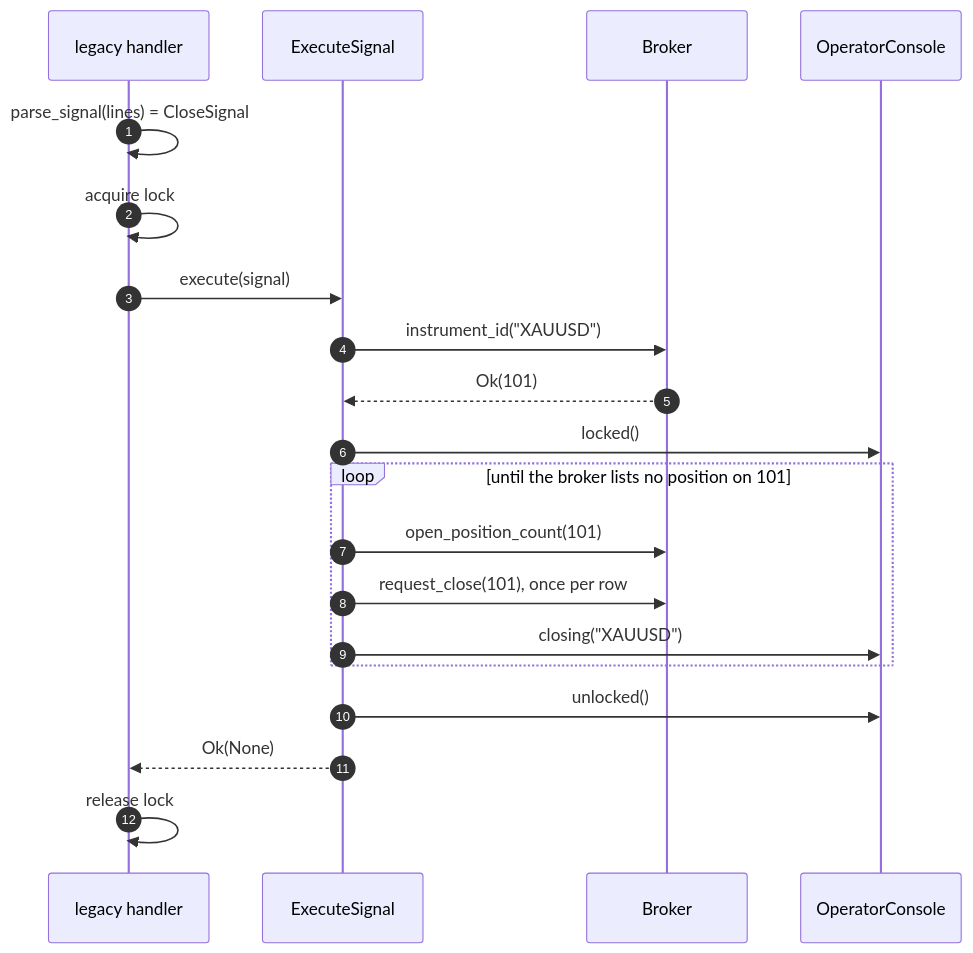
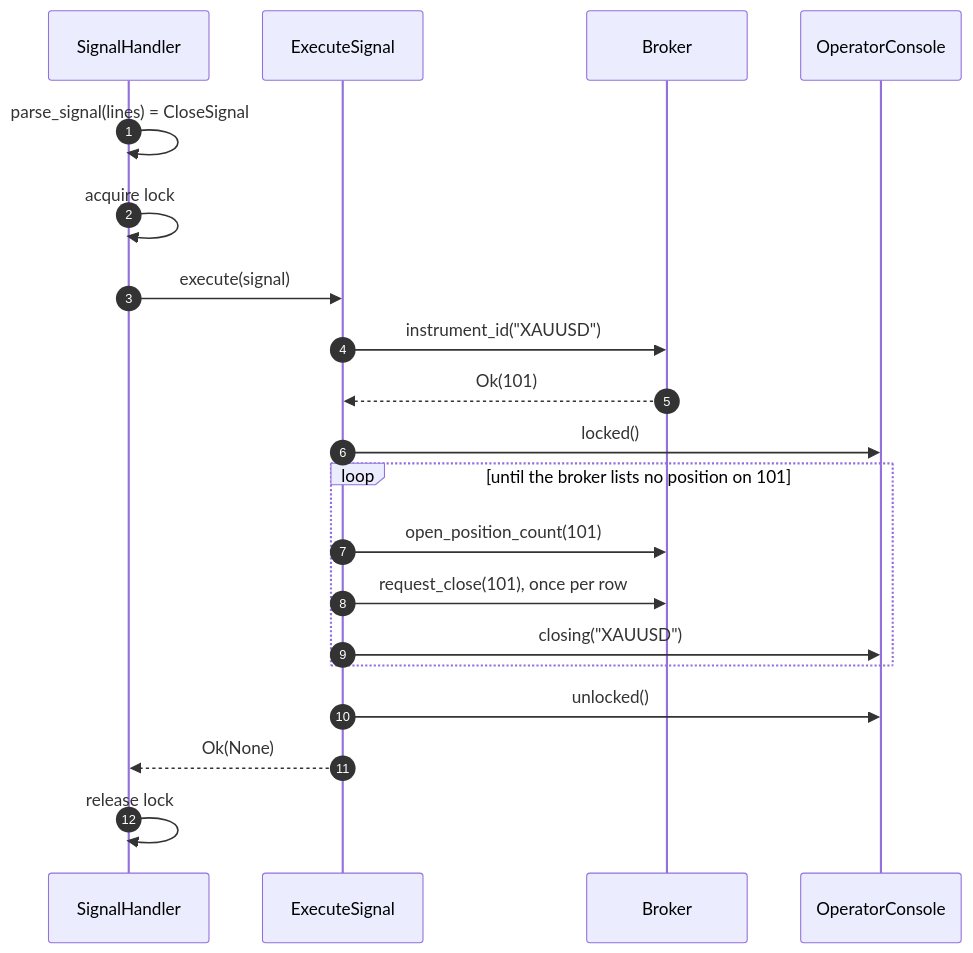
Before and after one commit to Akinzou/TradeLockerBot: the fifth of 6 diagrams in docs/architecture.md, drawn with Mermaid. The commit also changed other lines of this file and 21 other files, not shown here.

First line of the commit message:
refactor: move the webhook and the startup into an adapter and a composition root (roadmap step 5)

````diff
--- a/docs/architecture.md
+++ b/docs/architecture.md
@@ -153,22 +199,22 @@
 ```mermaid
 sequenceDiagram
     autonumber
-    participant H as legacy handler
+    participant H as SignalHandler
     participant UC as ExecuteSignal
     participant B as Broker
     participant C as OperatorConsole
     H->>H: parse_signal(lines) = CloseSignal
     H->>H: acquire lock
     H->>UC: execute(signal)
     UC->>B: instrument_id("XAUUSD")
     B-->>UC: Ok(101)
     UC->>C: locked()
     loop until the broker lists no position on 101
         UC->>B: open_position_count(101)
         UC->>B: request_close(101), once per row
         UC->>C: closing("XAUUSD")
     end
     UC->>C: unlocked()
     UC-->>H: Ok(None)
     H->>H: release lock
 ```
````
